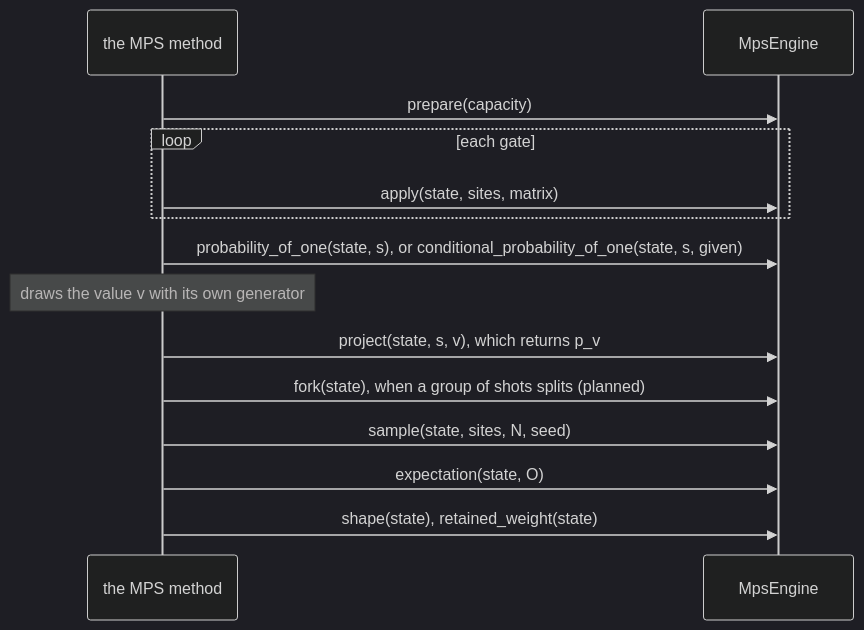
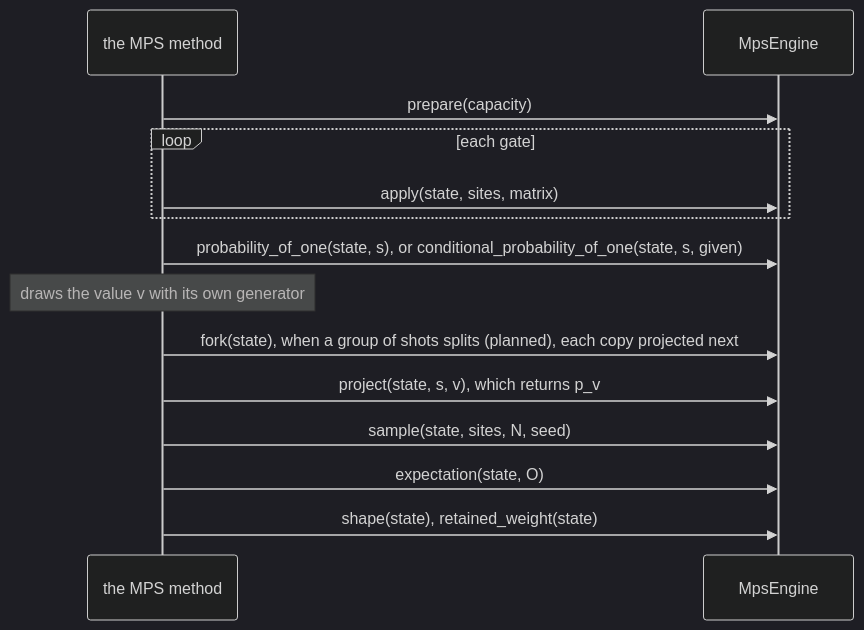
One commit to microsoft/qdk changed the diagram in source/tensornet/README.md. Above: the diagram before and after it, drawn with Mermaid (dark theme). The commit also changed 7 other files, not shown here.

````diff
--- a/source/tensornet/README.md
+++ b/source/tensornet/README.md
@@ -117,16 +117,16 @@
 ```mermaid
 sequenceDiagram
   participant M as the MPS method
   participant E as MpsEngine
   M->>E: prepare(capacity)
   loop each gate
     M->>E: apply(state, sites, matrix)
   end
   M->>E: probability_of_one(state, s), or conditional_probability_of_one(state, s, given)
   Note over M: draws the value v with its own generator
+  M->>E: fork(state), when a group of shots splits (planned), each copy projected next
   M->>E: project(state, s, v), which returns p_v
-  M->>E: fork(state), when a group of shots splits (planned)
   M->>E: sample(state, sites, N, seed)
   M->>E: expectation(state, O)
   M->>E: shape(state), retained_weight(state)
 ```
````
